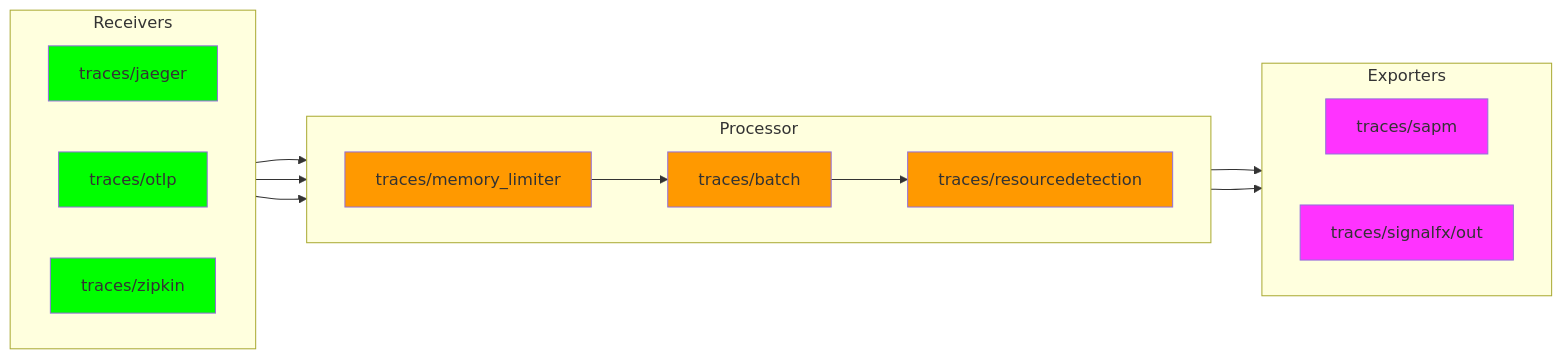
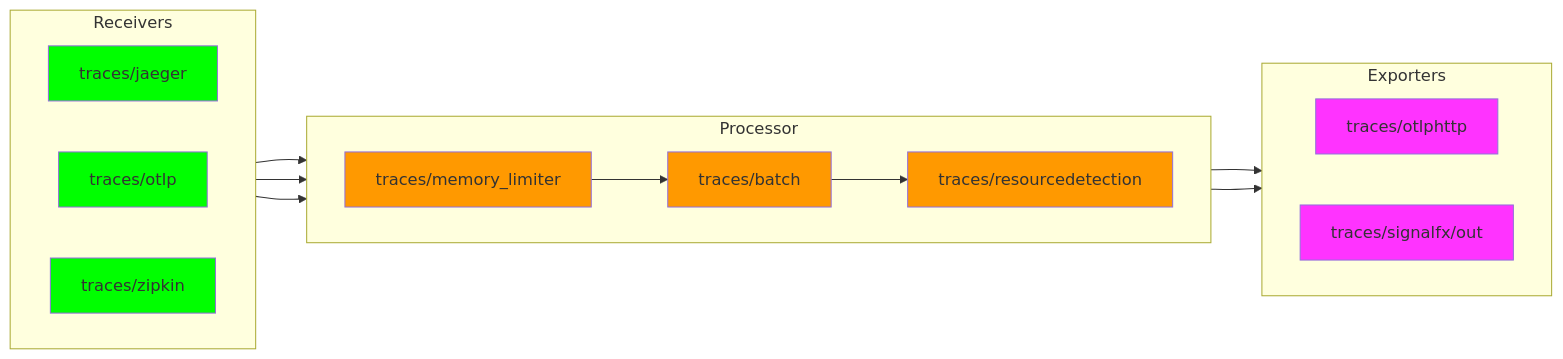
The third of 3 diagrams in _includes/collector-config-ootb.rst (splunk/public-o11y-docs), drawn with Mermaid before and after one commit. The commit also changed 4 other files, not shown here.

```diff
--- a/_includes/collector-config-ootb.rst
+++ b/_includes/collector-config-ootb.rst
@@ -139,39 +139,39 @@
 .. mermaid:: 
 
    flowchart LR
 
       accTitle: Default traces pipeline diagram
       accDescr: Receivers send traces to the traces/memory_limiter processor. The traces/memory_limiter processor sends traces to the batch processor, and the batch processor sends traces to the resource detection processor. The resource detection processor sends traces to the Splunk APM exporter and the SignalFx exporter.
 
       %% LR indicates the direction (left-to-right)
 
       %% You can define classes to style nodes and other elements
       classDef receiver fill:#00FF00
       classDef processor fill:#FF9900
       classDef exporter fill:#FF33FF
 
       %% Each subgraph determines what's in each category
       subgraph Receivers
          direction LR
          traces/jaeger:::receiver
          traces/otlp:::receiver
          traces/zipkin:::receiver
       end
 
       subgraph Processor
          direction LR
          traces/memory_limiter:::processor --> traces/batch:::processor --> traces/resourcedetection:::processor
       end
 
       subgraph Exporters
          direction LR
-         traces/sapm:::exporter
+         traces/otlphttp:::exporter
          traces/signalfx/out:::exporter
       end
 
       %% Connections beyond categories are added later
       traces/jaeger --> traces/memory_limiter
       traces/otlp --> traces/memory_limiter
       traces/zipkin --> traces/memory_limiter
-      traces/resourcedetection --> traces/sapm
+      traces/resourcedetection --> traces/otlphttp
       traces/resourcedetection --> traces/signalfx/out
```
